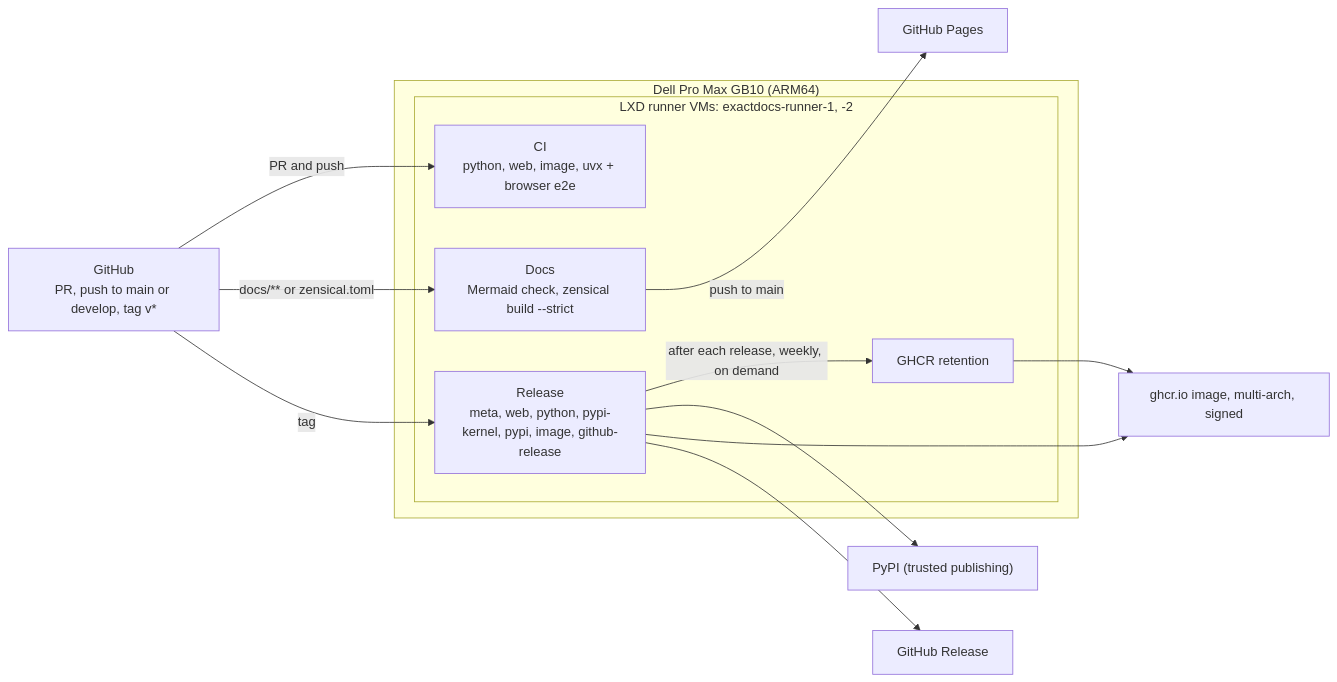
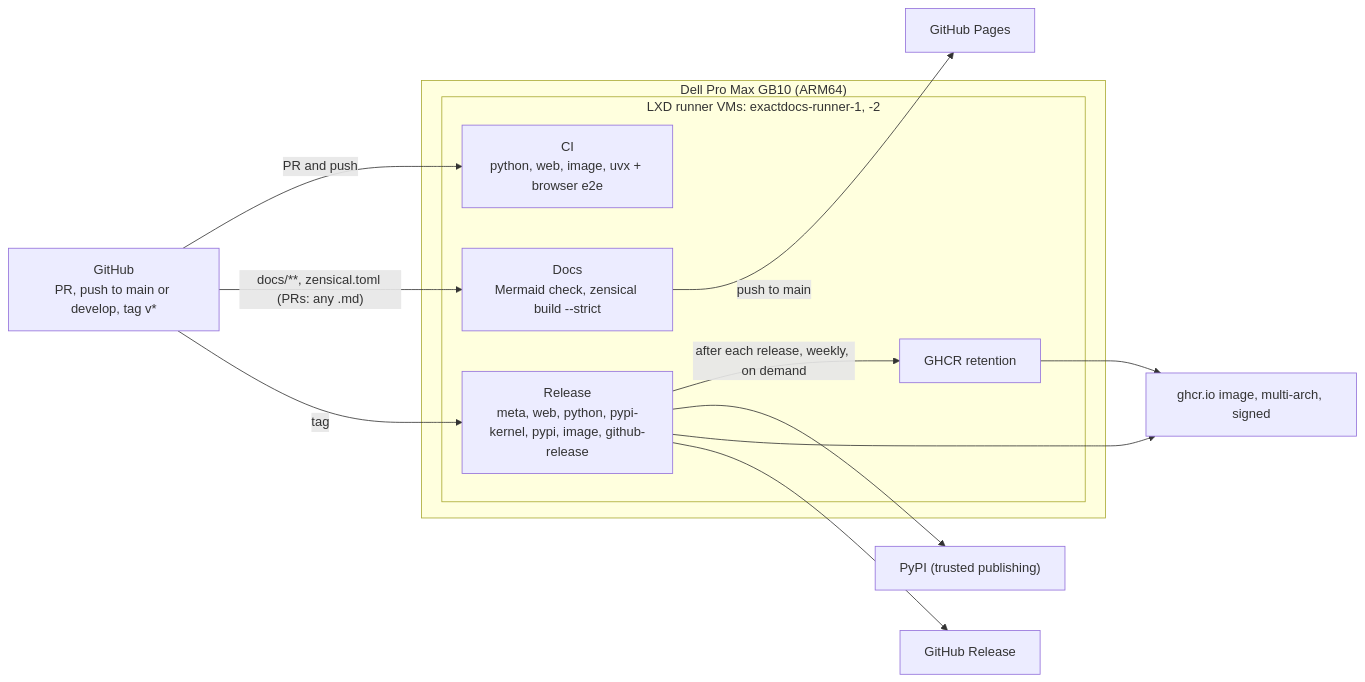
The second of 2 diagrams in docs/releasing.md (SirCypkowskyy/ExactDocs), drawn with Mermaid before and after one commit. The commit also changed 8 other files, not shown here.

Commit message:
docs: review fixes (git requirement, telemetry wording, pinned mermaid, labels) (#123)

````diff
--- a/docs/releasing.md
+++ b/docs/releasing.md
@@ -154,21 +154,21 @@
 ```mermaid
 flowchart LR
     gh["GitHub<br/>PR, push to main or develop, tag v*"]
     subgraph gb10 ["Dell Pro Max GB10 (ARM64)"]
         subgraph vms ["LXD runner VMs: exactdocs-runner-1, -2"]
             ci["CI<br/>python, web, image, uvx + browser e2e"]
             docs["Docs<br/>Mermaid check, zensical build --strict"]
             rel["Release<br/>meta, web, python, pypi-kernel, pypi, image, github-release"]
             ret["GHCR retention"]
         end
     end
     gh -->|PR and push| ci
-    gh -->|docs/** or zensical.toml| docs
+    gh -->|"docs/**, zensical.toml (PRs: any .md)"| docs
     gh -->|tag| rel
     rel -->|after each release, weekly, on demand| ret
     docs -->|push to main| pages["GitHub Pages"]
     rel --> pypi["PyPI (trusted publishing)"]
     rel --> ghcr["ghcr.io image, multi-arch, signed"]
     rel --> ghrel["GitHub Release"]
     ret --> ghcr
 ```
````
